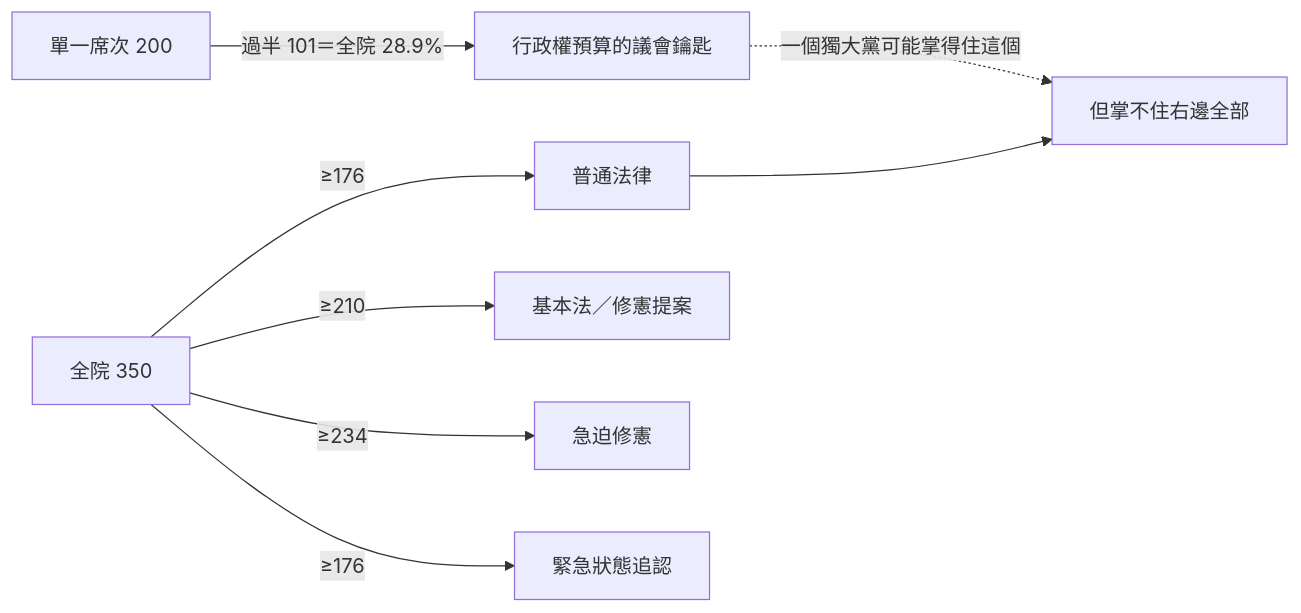
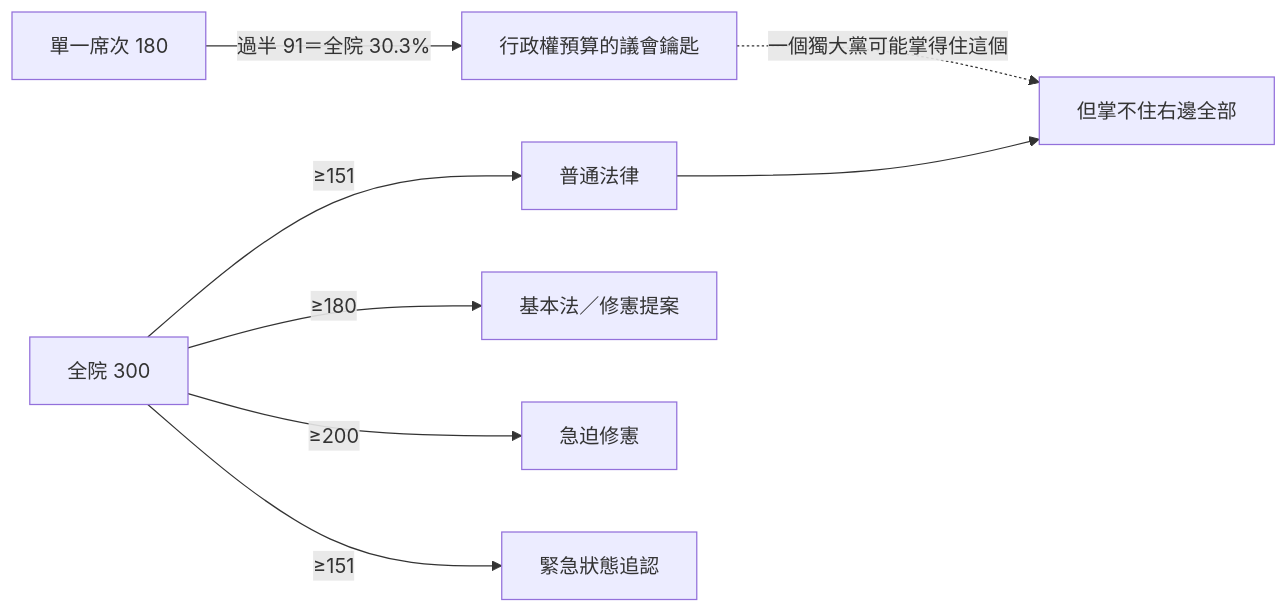
Before and after one commit to IRonROOT578/Political-Economy-Research-Public: diagram 11 of 11 in topics/regime-designs/designs/俄羅斯/一院總統制/憲政架構圖.md, drawn with Mermaid. The commit also changed other lines of this file and 62 other files, not shown here.

````diff
--- a/topics/regime-designs/designs/俄羅斯/一院總統制/憲政架構圖.md
+++ b/topics/regime-designs/designs/俄羅斯/一院總統制/憲政架構圖.md
@@ -145,10 +145,10 @@
 ```mermaid
 flowchart LR
-  SMD[單一席次 200] -->|過半 101＝全院 28.9%| Money[行政權預算的議會鑰匙]
-  All[全院 350] -->|≥176| LawT[普通法律]
-  All -->|≥210| Basic[基本法／修憲提案]
-  All -->|≥234| Urgent[急迫修憲]
-  All -->|≥176| Emerg[緊急狀態追認]
+  SMD[單一席次 180] -->|過半 91＝全院 30.3%| Money[行政權預算的議會鑰匙]
+  All[全院 300] -->|≥151| LawT[普通法律]
+  All -->|≥180| Basic[基本法／修憲提案]
+  All -->|≥200| Urgent[急迫修憲]
+  All -->|≥151| Emerg[緊急狀態追認]
   Money -.->|一個獨大黨可能掌得住這個| Note[但掌不住右邊全部]
   LawT --> Note
 ```
````
